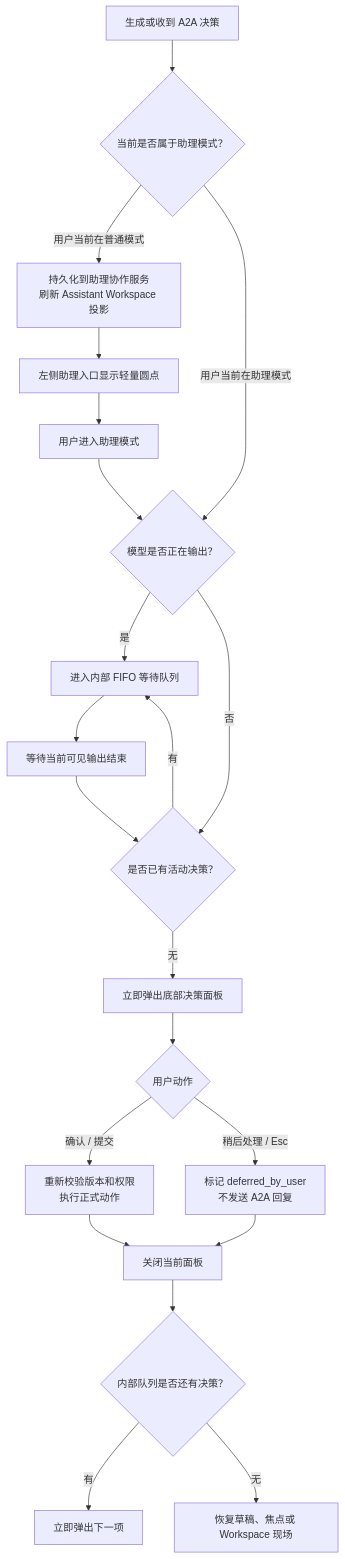
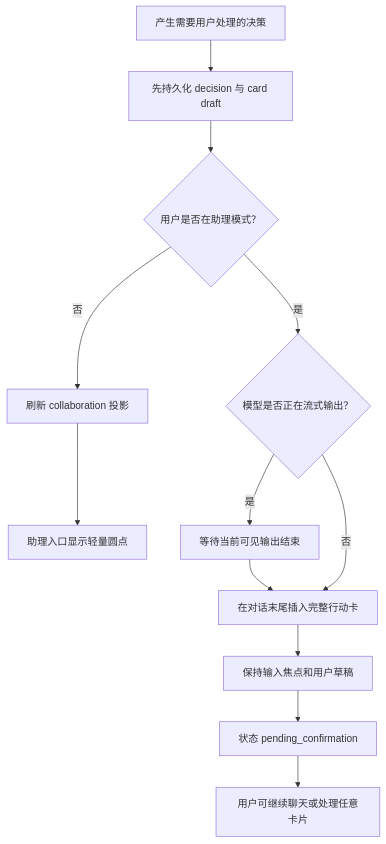
One commit to ueishinbo/SFZN-AI changed the second of 6 diagrams in docs/PRD-A2A用户决策与确认机制.md. Above: the diagram before and after it, drawn with Mermaid. The commit also changed other lines of this file and 22 other files, not shown here.

````diff
--- a/docs/PRD-A2A用户决策与确认机制.md
+++ b/docs/PRD-A2A用户决策与确认机制.md
@@ -150,28 +190,17 @@
 ```mermaid
 flowchart TD
-    Event["生成或收到 A2A 决策"] --> Scope{"当前是否属于助理模式？"}
+    Event["产生需要用户处理的决策"] --> Persist["先持久化 decision 与 card draft"]
+    Persist --> Mode{"用户是否在助理模式？"}
 
-    Scope -->|"用户当前在普通模式"| Persist["持久化到助理协作服务<br/>刷新 Assistant Workspace 投影"]
-    Persist --> Dot["左侧助理入口显示轻量圆点"]
-    Dot --> Enter["用户进入助理模式"]
-    Enter --> Gate
+    Mode -->|"否"| Projection["刷新 collaboration 投影"]
+    Projection --> Dot["助理入口显示轻量圆点"]
 
-    Scope -->|"用户当前在助理模式"| Gate{"模型是否正在输出？"}
-    Gate -->|"是"| Queue["进入内部 FIFO 等待队列"]
-    Queue --> End["等待当前可见输出结束"]
-    End --> Active{"是否已有活动决策？"}
+    Mode -->|"是"| Streaming{"模型是否正在流式输出？"}
+    Streaming -->|"是"| Wait["等待当前可见输出结束"]
+    Wait --> Append
+    Streaming -->|"否"| Append["在对话末尾插入完整行动卡"]
 
-    Gate -->|"否"| Active
-    Active -->|"有"| Queue
-    Active -->|"无"| Surface["立即弹出底部决策面板"]
-
-    Surface --> UserAction{"用户动作"}
-    UserAction -->|"确认 / 提交"| Execute["重新校验版本和权限<br/>执行正式动作"]
-    UserAction -->|"稍后处理 / Esc"| Defer["标记 deferred_by_user<br/>不发送 A2A 回复"]
-
-    Execute --> Close["关闭当前面板"]
-    Defer --> Close
-    Close --> More{"内部队列是否还有决策？"}
-    More -->|"有"| Next["立即弹出下一项"]
-    More -->|"无"| Restore["恢复草稿、焦点或 Workspace 现场"]
+    Append --> Focus["保持输入焦点和用户草稿"]
+    Focus --> Pending["状态 pending_confirmation"]
+    Pending --> Continue["用户可继续聊天或处理任意卡片"]
 ```
````
